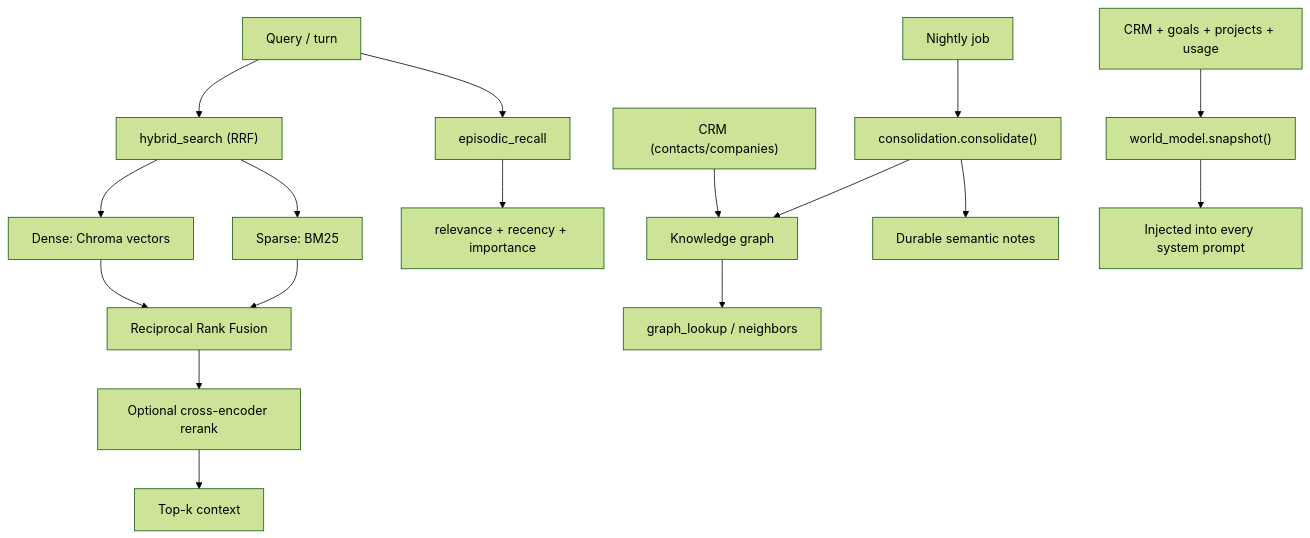
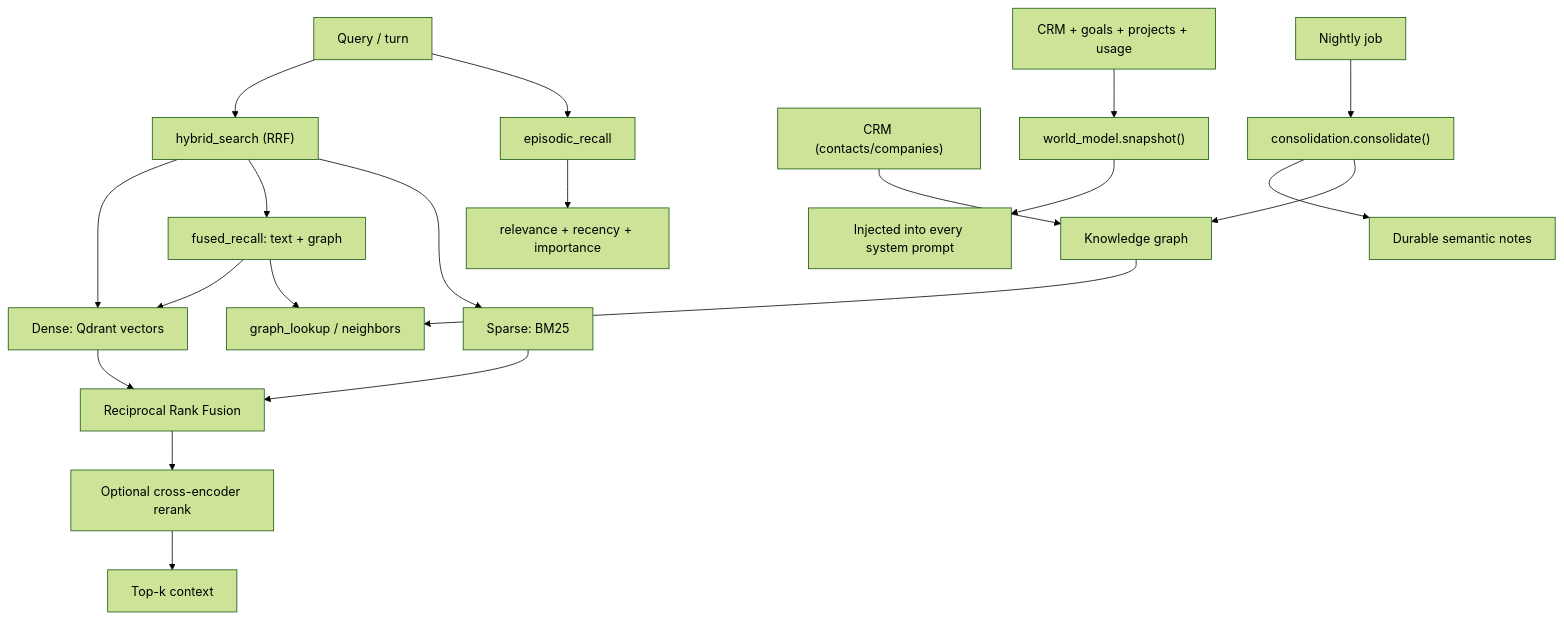
Before and after one commit to Vinayak-RZ/Founder-OS: the third of 5 diagrams in README.md, drawn with Mermaid (forest theme). The commit also changed other lines of this file, not shown here.

Commit message:
docs: fix README accuracy, section order, and Qdrant/web-first alignment

````diff
--- a/README.md
+++ b/README.md
@@ -258,23 +264,26 @@
 ```mermaid
 flowchart TD
     q["Query / turn"] --> hybrid["hybrid_search (RRF)"]
-    hybrid --> dense["Dense: Chroma vectors"]
+    hybrid --> dense["Dense: Qdrant vectors"]
+    hybrid --> fused["fused_recall: text + graph"]
+    fused --> dense
+    fused --> lookup
     hybrid --> sparse["Sparse: BM25"]
     dense --> fuse["Reciprocal Rank Fusion"]
     sparse --> fuse
     fuse --> rerank["Optional cross-encoder rerank"]
     rerank --> out["Top-k context"]
 
     q --> epi["episodic_recall"]
     epi --> score["relevance + recency + importance"]
 
     crm["CRM (contacts/companies)"] --> kg["Knowledge graph"]
     kg --> lookup["graph_lookup / neighbors"]
 
     night["Nightly job"] --> cons["consolidation.consolidate()"]
     cons --> sem["Durable semantic notes"]
     cons --> kg
 
     state["CRM + goals + projects + usage"] --> wm["world_model.snapshot()"]
     wm --> prompt["Injected into every system prompt"]
 ```
````
